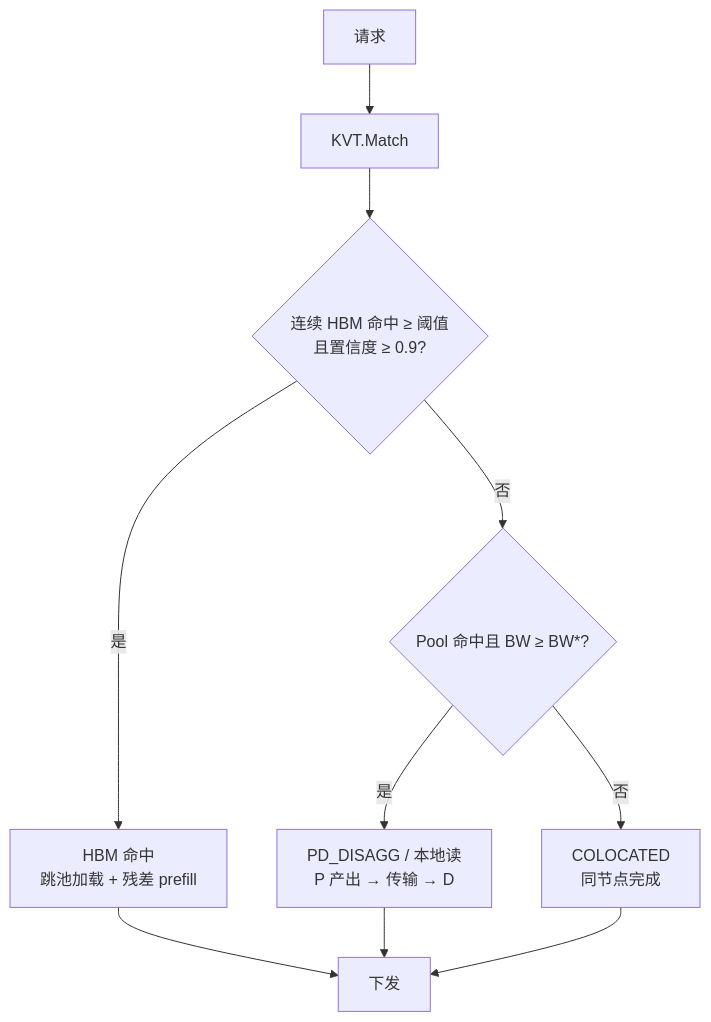
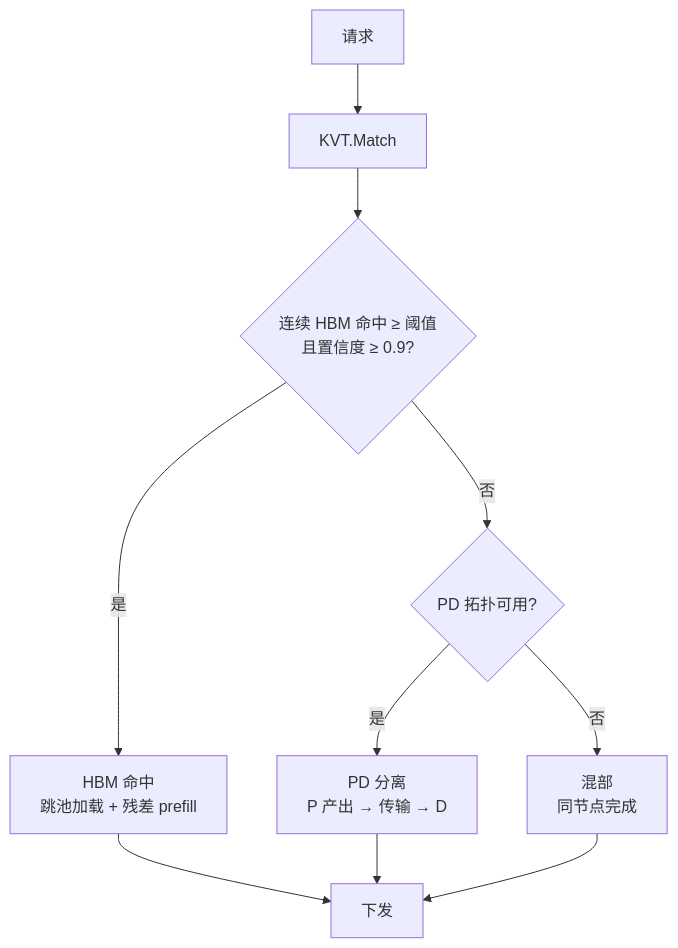
Before and after one commit to 5x8-40/lake: the second of 10 diagrams in kvcm/design/D8b-scheduling-sequences.md, drawn with Mermaid. The commit also changed other lines of this file and 8 other files, not shown here.

````diff
--- a/kvcm/design/D8b-scheduling-sequences.md
+++ b/kvcm/design/D8b-scheduling-sequences.md
@@ -50,12 +50,12 @@
 ```mermaid
 flowchart TB
     S["请求"] --> H["KVT.Match"]
     H --> D{"连续 HBM 命中 ≥ 阈值<br/>且置信度 ≥ 0.9?"}
     D -->|"是"| DD["HBM 命中<br/>跳池加载 + 残差 prefill"]
-    D -->|"否"| P{"Pool 命中且 BW ≥ BW*?"}
-    P -->|"是"| PD["PD_DISAGG / 本地读<br/>P 产出 → 传输 → D"]
-    P -->|"否"| CO["COLOCATED<br/>同节点完成"]
+    D -->|"否"| P{"PD 拓扑可用?"}
+    P -->|"是"| PD["PD 分离<br/>P 产出 → 传输 → D"]
+    P -->|"否"| CO["混部<br/>同节点完成"]
     DD --> O["下发"]
     PD --> O
     CO --> O
 ```
````
